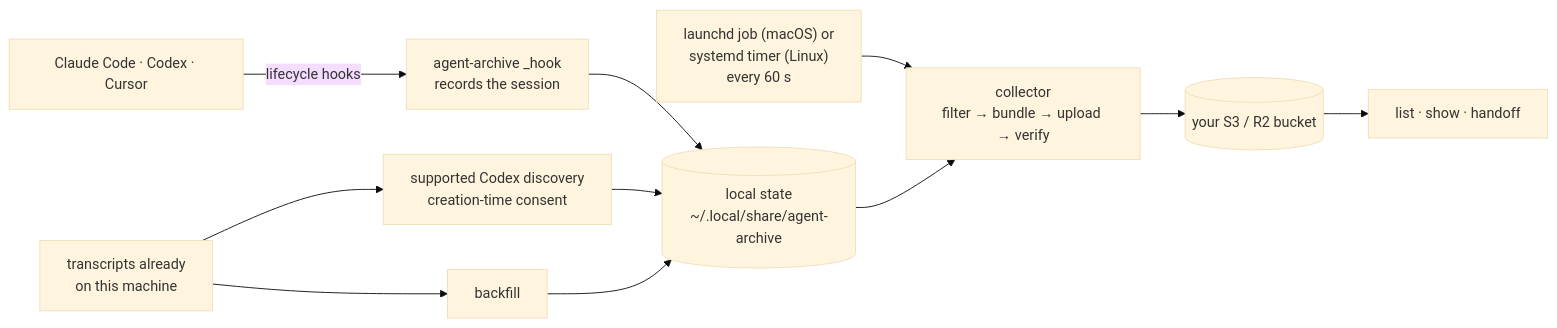
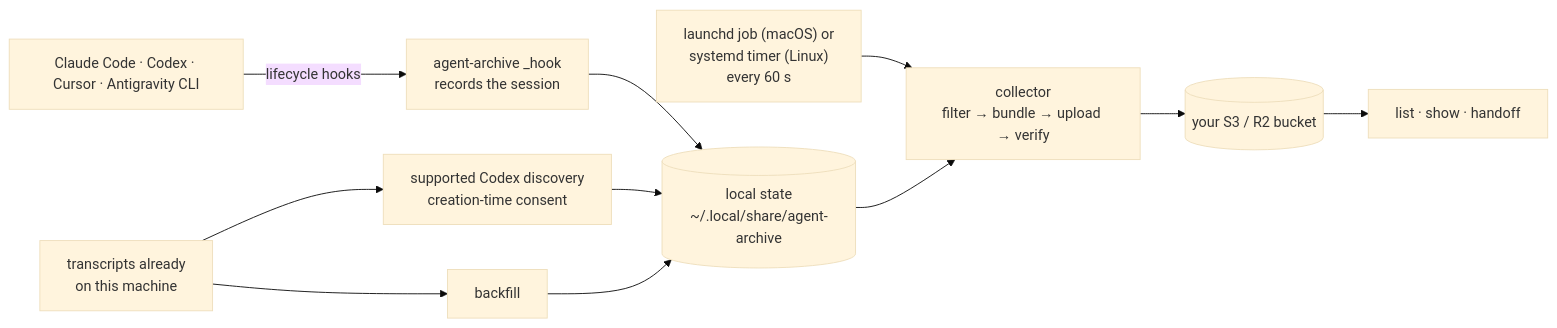
The diagram in README.md (Kaushikj-7/agent-archive), drawn with Mermaid (base theme) before and after one commit. The commit also changed other lines of this file and 15 other files, not shown here.

````diff
--- a/README.md
+++ b/README.md
@@ -58,11 +58,11 @@
 ```mermaid
 flowchart LR
-  A["Claude Code · Codex · Cursor"] -- "lifecycle hooks" --> H["agent-archive _hook<br/>records the session"]
+  A["Claude Code · Codex · Cursor · Antigravity CLI"] -- "lifecycle hooks" --> H["agent-archive _hook<br/>records the session"]
   H --> S[("local state<br/>~/.local/share/agent-archive")]
   L["launchd job (macOS) or<br/>systemd timer (Linux)<br/>every 60 s"] --> C["collector<br/>filter → bundle → upload → verify"]
   S --> C
   T --> D["supported Codex discovery<br/>creation-time consent"] --> S
   C --> B[("your S3 / R2 bucket")]
   B --> R["list · show · handoff"]
   T["transcripts already<br/>on this machine"] --> BF["backfill"] --> S
 ```
````
